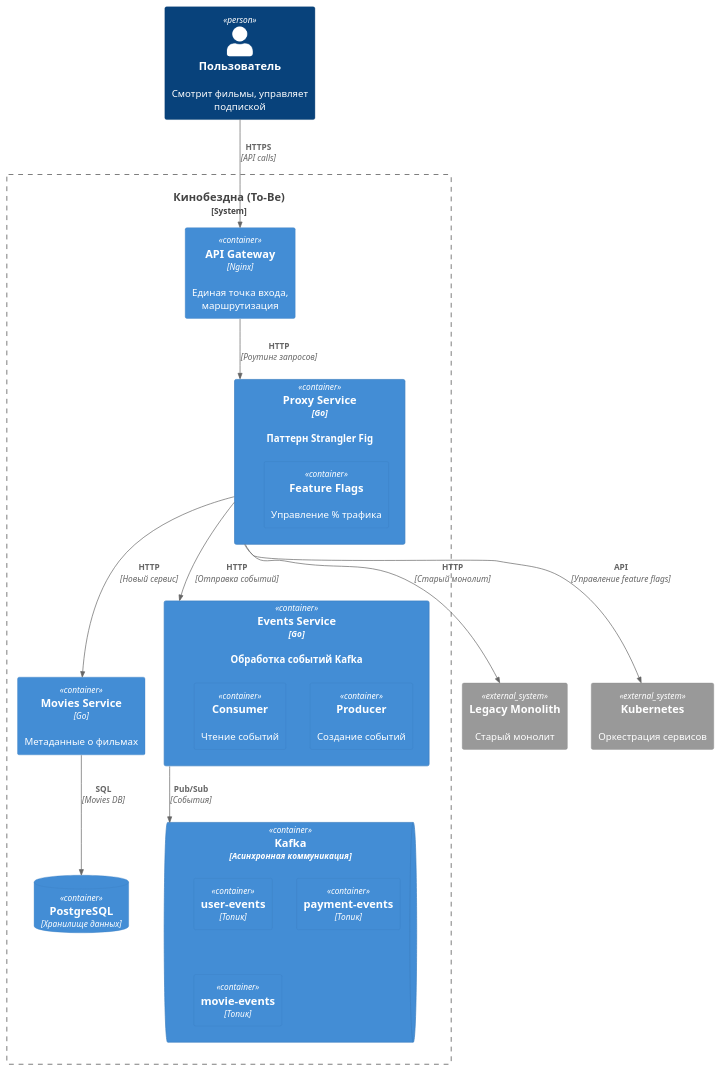
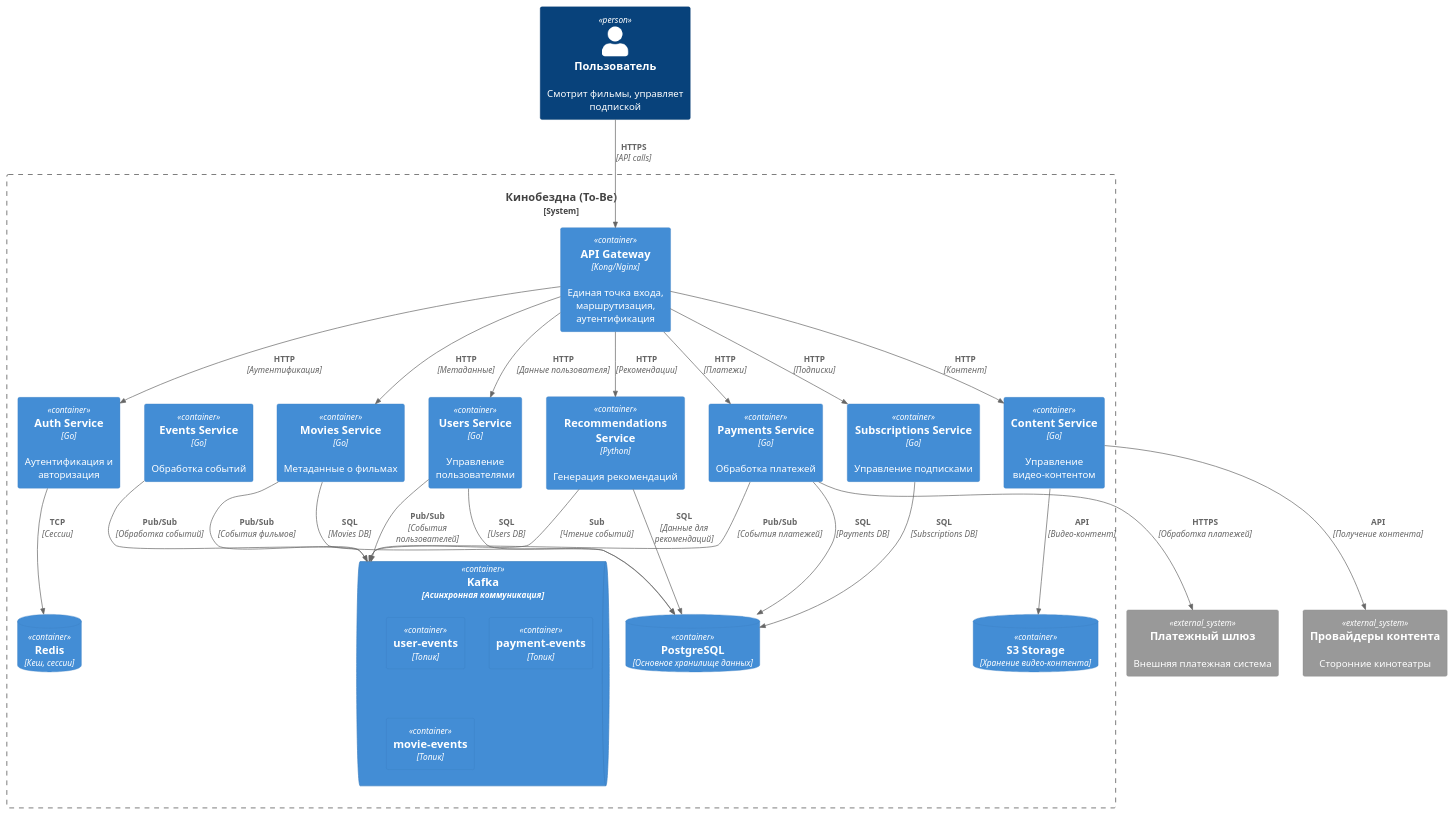
Before and after one commit to dmagala/architecture-cinemaabyss: the diagram in diagrams/container/CinemaAbyss_Container.puml, drawn with PlantUML.

Commit message:
Sprint 2 Task 1 fix

```diff
--- a/diagrams/container/CinemaAbyss_Container.puml
+++ b/diagrams/container/CinemaAbyss_Container.puml
@@ -1,42 +1,60 @@
 @startuml CinemaAbyss_ToBe_Architecture
 !includeurl https://raw.githubusercontent.com/plantuml-stdlib/C4-PlantUML/master/C4_Container.puml
 
 
 Person(user, "Пользователь", "Смотрит фильмы, управляет подпиской")
 
 System_Boundary(cinema_system, "Кинобездна (To-Be)") {
-    Container(api_gateway, "API Gateway", "Nginx", "Единая точка входа, маршрутизация")
-    Container(proxy_service, "Proxy Service", "Go", "Паттерн Strangler Fig") {
-        Container(proxy_feature, "Feature Flags", "", "Управление % трафика")
-    }
+    Container(api_gateway, "API Gateway", "Kong/Nginx", "Единая точка входа, маршрутизация, аутентификация")
     
+    Container(auth_service, "Auth Service", "Go", "Аутентификация и авторизация")
+    Container(users_service, "Users Service", "Go", "Управление пользователями")
     Container(movies_service, "Movies Service", "Go", "Метаданные о фильмах")
-    Container(events_service, "Events Service", "Go", "Обработка событий Kafka") {
-        Container(events_producer, "Producer", "", "Создание событий")
-        Container(events_consumer, "Consumer", "", "Чтение событий")
-    }
+    Container(content_service, "Content Service", "Go", "Управление видео-контентом")
+    Container(payments_service, "Payments Service", "Go", "Обработка платежей")
+    Container(subscriptions_service, "Subscriptions Service", "Go", "Управление подписками")
+    Container(recommendations_service, "Recommendations Service", "Python", "Генерация рекомендаций")
+    Container(events_service, "Events Service", "Go", "Обработка событий")
+    
+    ContainerDb(postgresql, "PostgreSQL", "Основное хранилище данных")
+    ContainerDb(redis, "Redis", "Кеш, сессии")
+    ContainerDb(s3_storage, "S3 Storage", "Хранение видео-контента")
     
     ContainerQueue(kafka, "Kafka", "Асинхронная коммуникация") {
         Container(topic_user, "user-events", "Топик")
         Container(topic_payment, "payment-events", "Топик")
         Container(topic_movie, "movie-events", "Топик")
     }
-    
-    ContainerDb(postgresql, "PostgreSQL", "Хранилище данных")
 }
 
-System_Ext(legacy_system, "Legacy Monolith", "Старый монолит")
-System_Ext(k8s_cluster, "Kubernetes", "Оркестрация сервисов")
+System_Ext(payment_gateway, "Платежный шлюз", "Внешняя платежная система")
+System_Ext(content_providers, "Провайдеры контента", "Сторонние кинотеатры")
 
 Rel(user, api_gateway, "HTTPS", "API calls")
-Rel(api_gateway, proxy_service, "HTTP", "Роутинг запросов")
-Rel(proxy_service, movies_service, "HTTP", "Новый сервис")
-Rel(proxy_service, legacy_system, "HTTP", "Старый монолит")
+Rel(api_gateway, auth_service, "HTTP", "Аутентификация")
+Rel(api_gateway, users_service, "HTTP", "Данные пользователя")
+Rel(api_gateway, movies_service, "HTTP", "Метаданные")
+Rel(api_gateway, content_service, "HTTP", "Контент")
+Rel(api_gateway, payments_service, "HTTP", "Платежи")
+Rel(api_gateway, subscriptions_service, "HTTP", "Подписки")
+Rel(api_gateway, recommendations_service, "HTTP", "Рекомендации")
 
-Rel(events_service, kafka, "Pub/Sub", "События")
+Rel(auth_service, redis, "TCP", "Сессии")
+Rel(users_service, postgresql, "SQL", "Users DB")
 Rel(movies_service, postgresql, "SQL", "Movies DB")
+Rel(content_service, s3_storage, "API", "Видео-контент")
+Rel(payments_service, postgresql, "SQL", "Payments DB")
+Rel(subscriptions_service, postgresql, "SQL", "Subscriptions DB")
 
-Rel(proxy_service, events_service, "HTTP", "Отправка событий")
-Rel(proxy_service, k8s_cluster, "API", "Управление feature flags")
+Rel(payments_service, payment_gateway, "HTTPS", "Обработка платежей")
+Rel(content_service, content_providers, "API", "Получение контента")
+
+Rel(users_service, kafka, "Pub/Sub", "События пользователей")
+Rel(payments_service, kafka, "Pub/Sub", "События платежей")
+Rel(movies_service, kafka, "Pub/Sub", "События фильмов")
+Rel(events_service, kafka, "Pub/Sub", "Обработка событий")
+
+Rel(recommendations_service, kafka, "Sub", "Чтение событий")
+Rel(recommendations_service, postgresql, "SQL", "Данные для рекомендаций")
 
 @enduml
```
